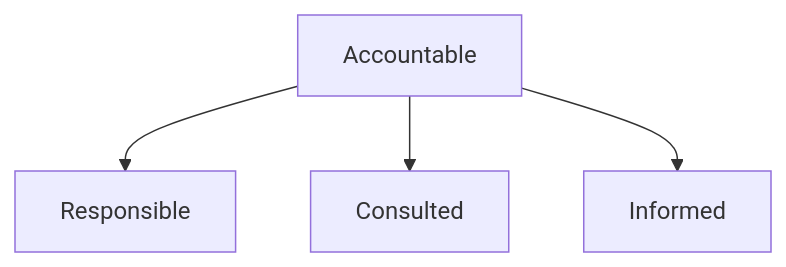
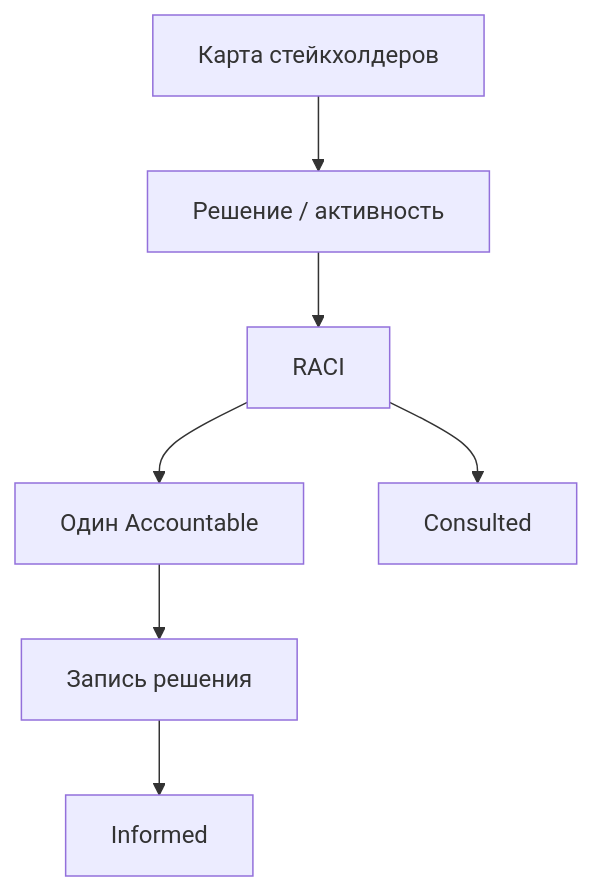
The diagram in nine-to-eighteen/ui/src/data/learn/product/pm08-stakeholders.md (AlexanderNY/cursor_test), drawn with Mermaid before and after one commit. The commit also changed other lines of this file and 3060 other files, not shown here.

````diff
--- a/nine-to-eighteen/ui/src/data/learn/product/pm08-stakeholders.md
+++ b/nine-to-eighteen/ui/src/data/learn/product/pm08-stakeholders.md
@@ -58,6 +104,9 @@
 ```mermaid
 flowchart TB
-  A[Accountable] --> R[Responsible]
-  A --> C[Consulted]
-  A --> I[Informed]
+  Map[Карта стейкхолдеров] --> Decision[Решение / активность]
+  Decision --> RACI[RACI]
+  RACI --> A[Один Accountable]
+  RACI --> C[Consulted]
+  A --> Record[Запись решения]
+  Record --> I[Informed]
 ```
````
